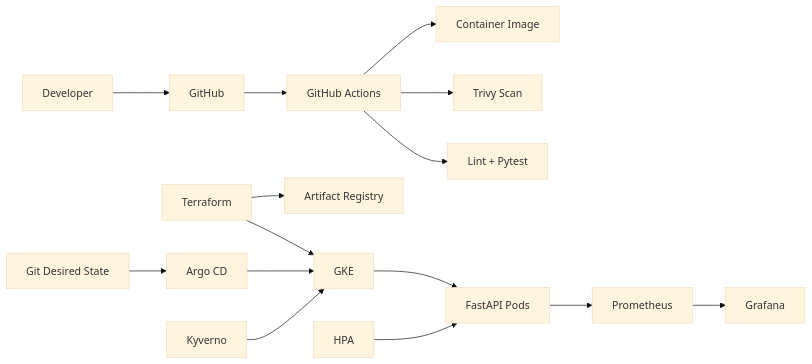
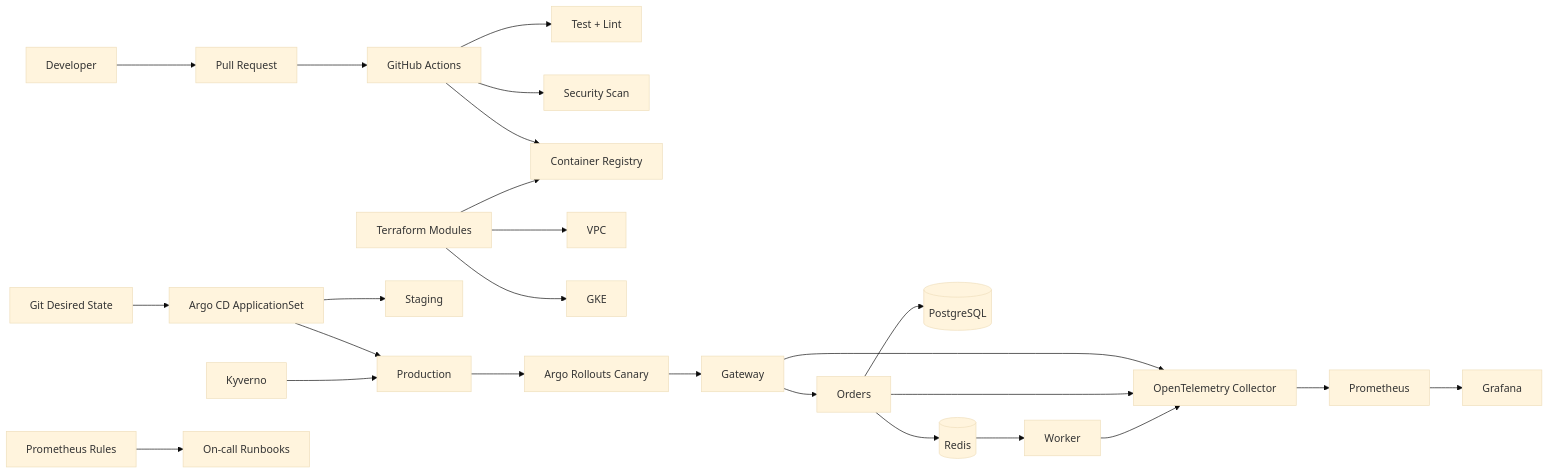
Before and after one commit to Jashwanth248/Devops-: the diagram in README.md, drawn with Mermaid (base theme). The commit also changed other lines of this file and 34 other files, not shown here.

````diff
--- a/README.md
+++ b/README.md
@@ -11,17 +19,32 @@
 ```mermaid
 flowchart LR
-  Dev[Developer] --> GH[GitHub]
-  GH --> CI[GitHub Actions]
-  CI --> Tests[Lint + Pytest]
-  CI --> Scan[Trivy Scan]
-  CI --> Image[Container Image]
-  TF[Terraform] --> GKE[GKE]
-  TF --> AR[Artifact Registry]
-  Git[Git Desired State] --> Argo[Argo CD]
-  Argo --> GKE
-  GKE --> Pods[FastAPI Pods]
-  HPA[HPA] --> Pods
-  Pods --> Prom[Prometheus]
+  Dev[Developer] --> PR[Pull Request]
+  PR --> CI[GitHub Actions]
+  CI --> Test[Test + Lint]
+  CI --> Scan[Security Scan]
+  CI --> Registry[Container Registry]
+
+  TF[Terraform Modules] --> VPC[VPC]
+  TF --> GKE[GKE]
+  TF --> Registry
+
+  Git[Git Desired State] --> Argo[Argo CD ApplicationSet]
+  Argo --> Stage[Staging]
+  Argo --> Prod[Production]
+
+  Prod --> Rollout[Argo Rollouts Canary]
+  Rollout --> GW[Gateway]
+  GW --> Orders[Orders]
+  Orders --> DB[(PostgreSQL)]
+  Orders --> Redis[(Redis)]
+  Redis --> Worker[Worker]
+
+  GW --> OTel[OpenTelemetry Collector]
+  Orders --> OTel
+  Worker --> OTel
+  OTel --> Prom[Prometheus]
   Prom --> Grafana[Grafana]
-  Policy[Kyverno] --> GKE
+
+  Policy[Kyverno] --> Prod
+  Alerts[Prometheus Rules] --> Runbooks[On-call Runbooks]
 ```
````
